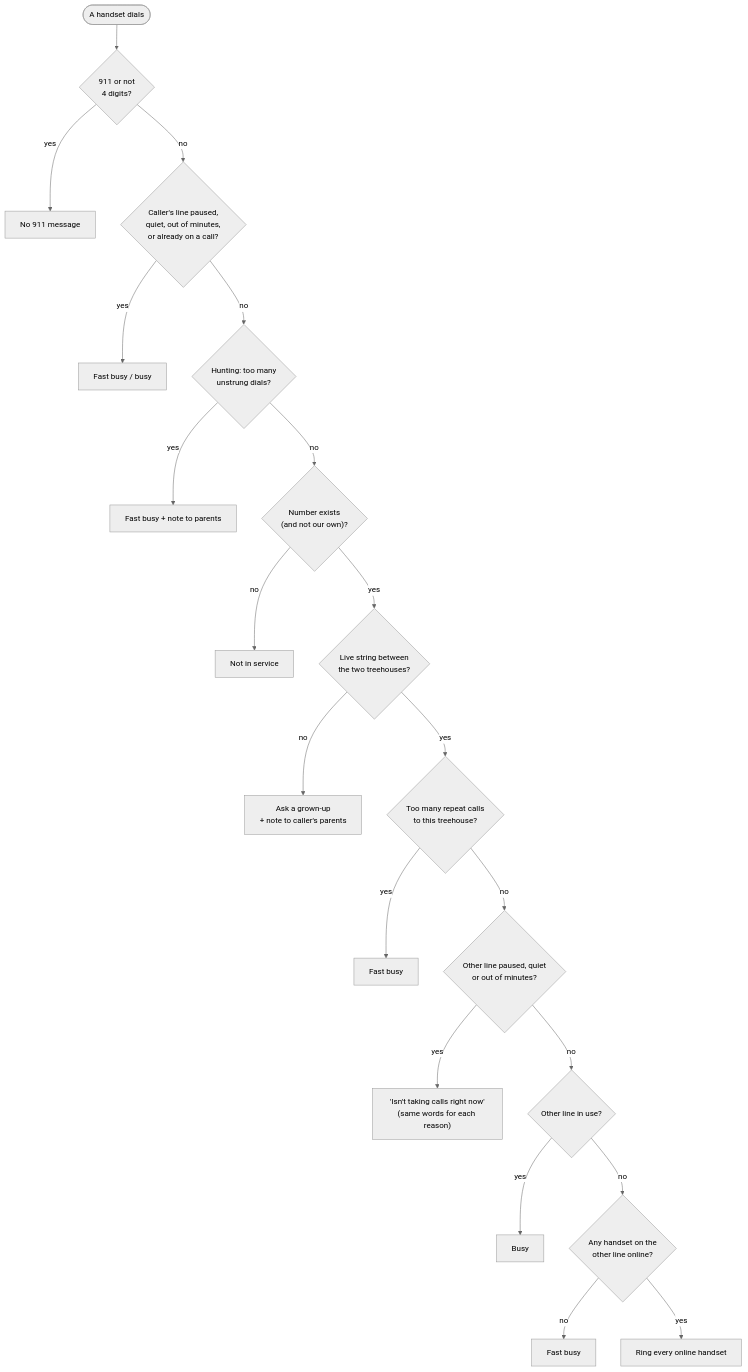
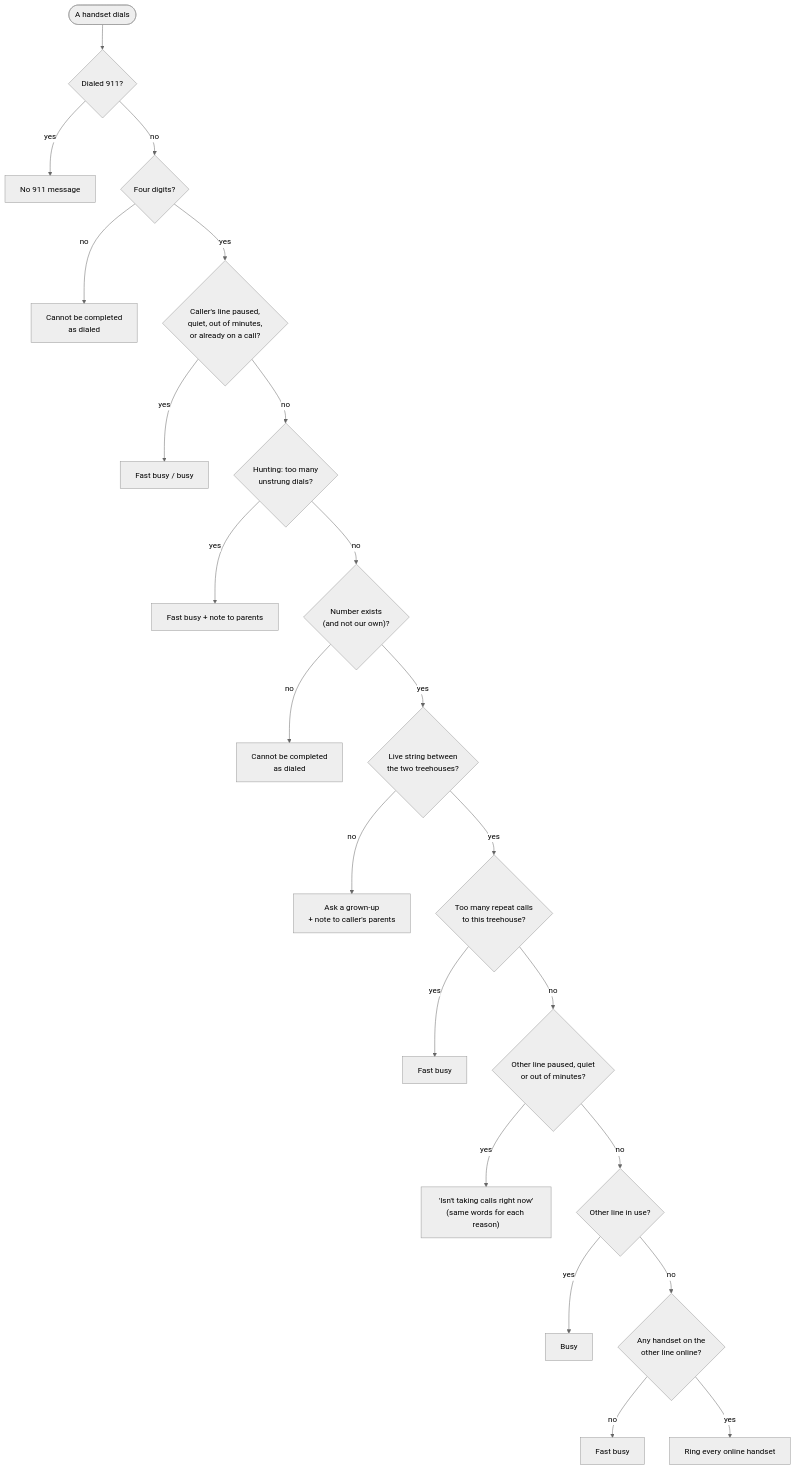
One commit to jdmiller2010/treeline changed the fourth of 9 diagrams in docs/ARCHITECTURE.md. Above: the diagram before and after it, drawn with Mermaid (neutral theme). The commit also changed 10 other files, not shown here.

First line of the commit message:
Wrong-length and unknown numbers 'cannot be completed as dialed'; clearer dialing

````diff
--- a/docs/ARCHITECTURE.md
+++ b/docs/ARCHITECTURE.md
@@ -137,22 +137,24 @@
 ```mermaid
 flowchart TD
-    start([A handset dials]) --> a{"911 or not<br/>4 digits?"}
+    start([A handset dials]) --> a{"Dialed 911?"}
     a -- yes --> r911["No 911 message"]
-    a -- no --> b{"Caller's line paused,<br/>quiet, out of minutes,<br/>or already on a call?"}
+    a -- no --> a2{"Four digits?"}
+    a2 -- no --> cc["Cannot be completed<br/>as dialed"]
+    a2 -- yes --> b{"Caller's line paused,<br/>quiet, out of minutes,<br/>or already on a call?"}
     b -- yes --> fb1["Fast busy / busy"]
     b -- no --> c{"Hunting: too many<br/>unstrung dials?"}
     c -- yes --> fb2["Fast busy + note to parents"]
     c -- no --> d{"Number exists<br/>(and not our own)?"}
-    d -- no --> nis["Not in service"]
+    d -- no --> nis["Cannot be completed<br/>as dialed"]
     d -- yes --> e{"Live string between<br/>the two treehouses?"}
     e -- no --> ns["Ask a grown-up<br/>+ note to caller's parents"]
     e -- yes --> f{"Too many repeat calls<br/>to this treehouse?"}
     f -- yes --> fb3["Fast busy"]
     f -- no --> g{"Other line paused, quiet<br/>or out of minutes?"}
     g -- yes --> nt["'Isn't taking calls right now'<br/>(same words for each reason)"]
     g -- no --> h{"Other line in use?"}
     h -- yes --> busy["Busy"]
     h -- no --> i{"Any handset on the<br/>other line online?"}
     i -- no --> off["Fast busy"]
     i -- yes --> ring["Ring every online handset"]
 ```
````
